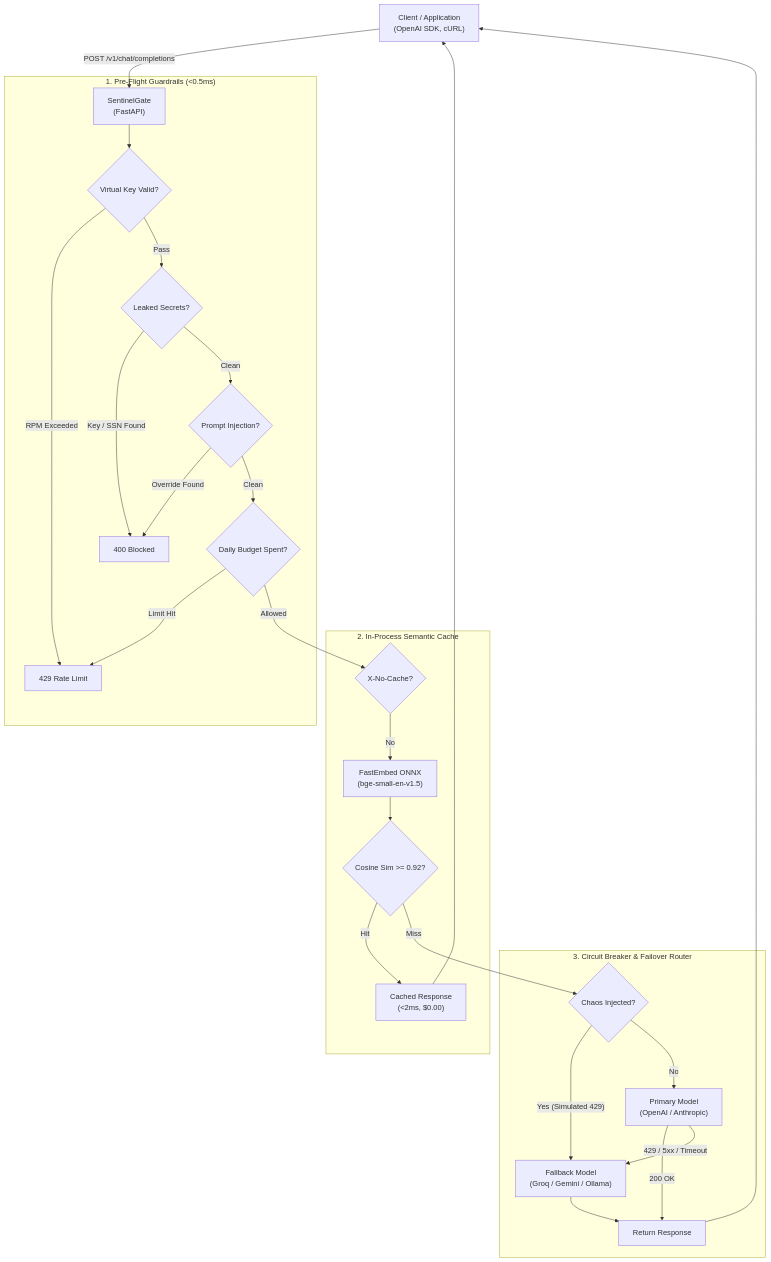
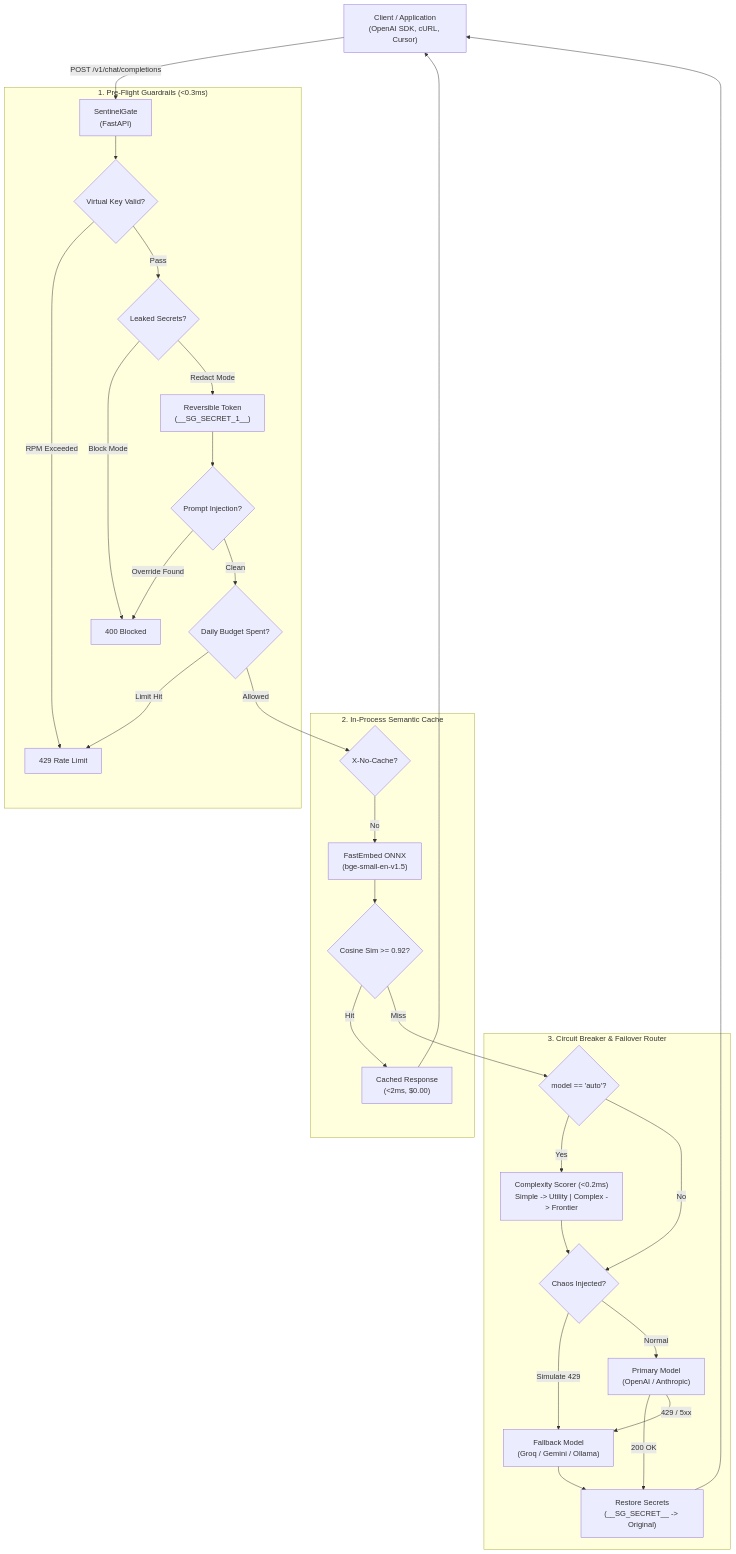
The diagram in README.md (giridhar2005/sentinelgate), drawn with Mermaid before and after one commit. The commit also changed other lines of this file and 3 other files, not shown here.

Commit message:
docs: update ARCHITECTURE.md RFC, README benchmarks, SVG banner, and dashboard preview

````diff
--- a/README.md
+++ b/README.md
@@ -157,34 +60,38 @@
 ```mermaid
 flowchart TD
-    Client["Client / Application\n(OpenAI SDK, cURL)"] -->|"POST /v1/chat/completions"| GW["SentinelGate\n(FastAPI)"]
+    Client["Client / Application\n(OpenAI SDK, cURL, Cursor)"] -->|"POST /v1/chat/completions"| GW["SentinelGate\n(FastAPI)"]
 
-    subgraph Security ["1. Pre-Flight Guardrails (<0.5ms)"]
+    subgraph Security ["1. Pre-Flight Guardrails (<0.3ms)"]
         GW --> KeyCheck{"Virtual Key Valid?"}
         KeyCheck -->|"RPM Exceeded"| R429["429 Rate Limit"]
         KeyCheck -->|"Pass"| SecretCheck{"Leaked Secrets?"}
-        SecretCheck -->|"Key / SSN Found"| R400["400 Blocked"]
-        SecretCheck -->|"Clean"| InjectCheck{"Prompt Injection?"}
+        SecretCheck -->|"Block Mode"| R400["400 Blocked"]
+        SecretCheck -->|"Redact Mode"| Scrub["Reversible Token\n(__SG_SECRET_1__)"]
+        Scrub --> InjectCheck{"Prompt Injection?"}
         InjectCheck -->|"Override Found"| R400
         InjectCheck -->|"Clean"| BudgetCheck{"Daily Budget Spent?"}
         BudgetCheck -->|"Limit Hit"| R429
     end
 
     subgraph Caching ["2. In-Process Semantic Cache"]
         BudgetCheck -->|"Allowed"| CacheCheck{"X-No-Cache?"}
         CacheCheck -->|"No"| FastEmbed["FastEmbed ONNX\n(bge-small-en-v1.5)"]
         FastEmbed --> Cosine{"Cosine Sim >= 0.92?"}
         Cosine -->|"Hit"| CacheHit["Cached Response\n(<2ms, $0.00)"]
     end
 
     subgraph Routing ["3. Circuit Breaker & Failover Router"]
-        Cosine -->|"Miss"| ChaosCheck{"Chaos Injected?"}
-        ChaosCheck -->|"Yes (Simulated 429)"| FallbackCall["Fallback Model\n(Groq / Gemini / Ollama)"]
-        ChaosCheck -->|"No"| PrimaryCall["Primary Model\n(OpenAI / Anthropic)"]
-        PrimaryCall -->|"200 OK"| ReturnResponse["Return Response"]
-        PrimaryCall -->|"429 / 5xx / Timeout"| FallbackCall
-        FallbackCall --> ReturnResponse
+        Cosine -->|"Miss"| AutoRoute{"model == 'auto'?"}
+        AutoRoute -->|"Yes"| Classifier["Complexity Scorer (<0.2ms)\nSimple -> Utility | Complex -> Frontier"]
+        AutoRoute -->|"No"| ProviderCall{"Chaos Injected?"}
+        Classifier --> ProviderCall
+        ProviderCall -->|"Simulate 429"| FallbackCall["Fallback Model\n(Groq / Gemini / Ollama)"]
+        ProviderCall -->|"Normal"| PrimaryCall["Primary Model\n(OpenAI / Anthropic)"]
+        PrimaryCall -->|"200 OK"| RestoreSecrets["Restore Secrets\n(__SG_SECRET__ -> Original)"]
+        PrimaryCall -->|"429 / 5xx"| FallbackCall
+        FallbackCall --> RestoreSecrets
     end
 
-    ReturnResponse --> Client
+    RestoreSecrets --> Client
     CacheHit --> Client
 ```
````
